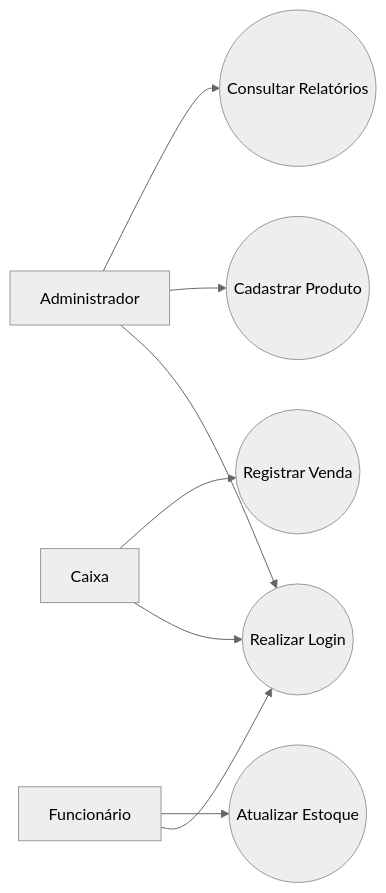
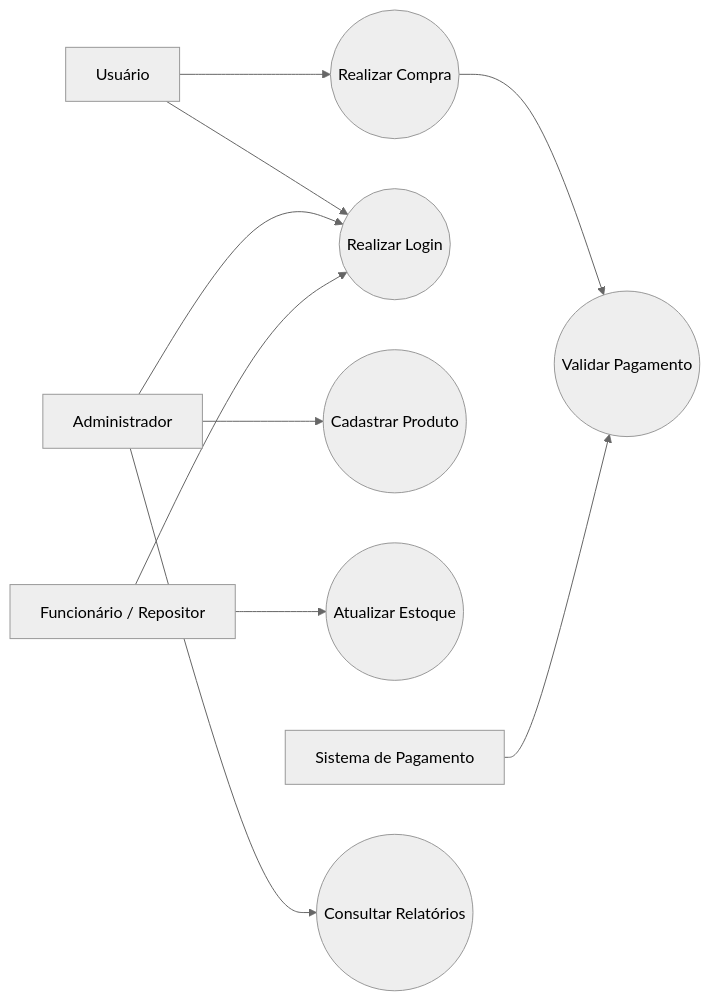
Before and after one commit to brenofeliix/software-engineering-foundations-project-lab: the first of 6 diagrams in groups/group-01/Documento_de_Requisitos_Versao-Final.md, drawn with Mermaid (neutral theme). The commit also changed other lines of this file, not shown here.

````diff
--- a/groups/group-01/Documento_de_Requisitos_Versao-Final.md
+++ b/groups/group-01/Documento_de_Requisitos_Versao-Final.md
@@ -458,22 +487,27 @@
 ```mermaid
 flowchart LR
+    Usuario[Usuário]
     Administrador[Administrador]
-    Funcionario[Funcionário]
-    Caixa[Caixa]
+    Funcionario[Funcionário / Repositor]
+    Pagamento[Sistema de Pagamento]
 
     UC01((Realizar Login))
     UC02((Cadastrar Produto))
     UC03((Atualizar Estoque))
-    UC04((Registrar Venda))
+    UC04((Realizar Compra))
     UC05((Consultar Relatórios))
+    UC06((Validar Pagamento))
+
+    Usuario --> UC01
+    Usuario --> UC04
 
     Administrador --> UC01
     Administrador --> UC02
     Administrador --> UC05
 
     Funcionario --> UC01
     Funcionario --> UC03
 
-    Caixa --> UC01
-    Caixa --> UC04
+    UC04 --> UC06
+    Pagamento --> UC06
 ```
````
